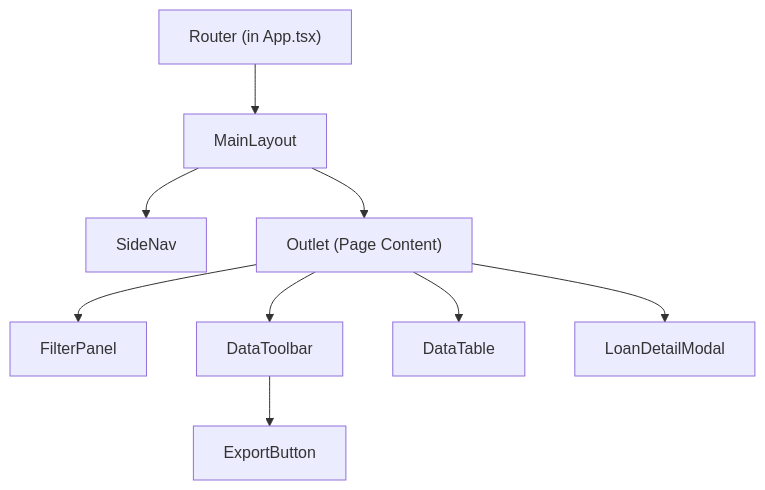
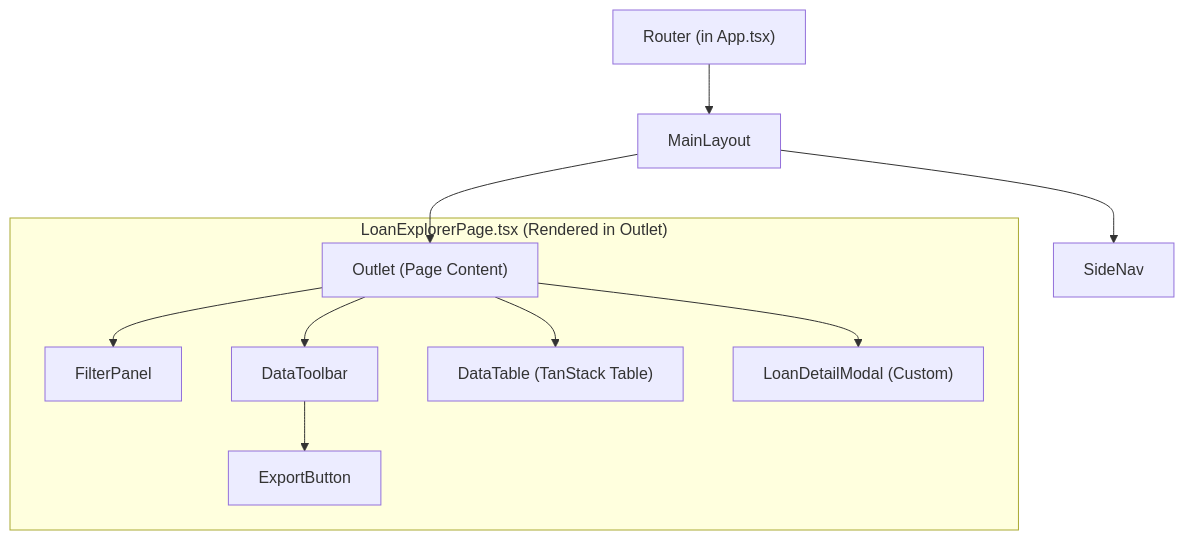
The third of 3 diagrams in TECHNICAL_DOC.md (mbzesq/loanvision), drawn with Mermaid before and after one commit. The commit also changed other lines of this file, not shown here.

Commit message:
docs: enhance frontend architecture with purpose and detailed data flow

````diff
--- a/TECHNICAL_DOC.md
+++ b/TECHNICAL_DOC.md
@@ -212,11 +220,13 @@
 ```mermaid
 graph TD
     A["Router (in App.tsx)"] --> B["MainLayout"];
     B --> C["SideNav"];
     B --> D["Outlet (Page Content)"];
-    D --> E["FilterPanel"];
-    D --> F["DataToolbar"];
-    F --> I["ExportButton"];
-    D --> G["DataTable"];
-    D --> H["LoanDetailModal"];
+    subgraph "LoanExplorerPage.tsx (Rendered in Outlet)"
+        D --> E["FilterPanel"];
+        D --> F["DataToolbar"];
+        F --> I["ExportButton"];
+        D --> G["DataTable (TanStack Table)"];
+        D --> H["LoanDetailModal (Custom)"];
+    end
 ```
````
